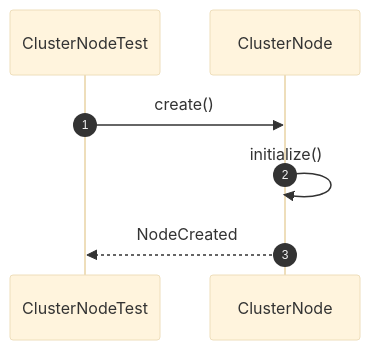
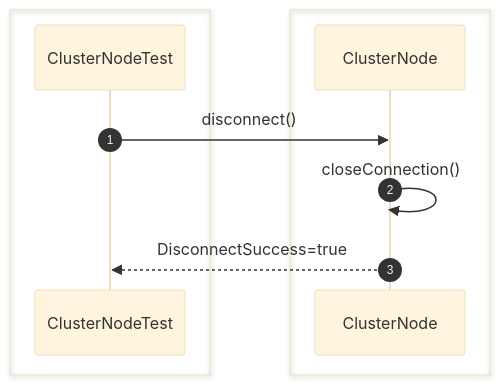
One commit to Huy1801214/dbms-architecture changed diagram 13 of 26 in src/sequence/replication.md. Above: the diagram before and after it, drawn with Mermaid (base theme). The commit also changed other lines of this file and 10 other files, not shown here.

Commit message:
add comprehensive sequence diagrams and documentation for system architecture and unit testing specifications

````diff
--- a/src/sequence/replication.md
+++ b/src/sequence/replication.md
@@ -86,12 +235,15 @@
 ```mermaid
 sequenceDiagram
     autonumber
+
+    box #e1f5fe Test Suite
     participant Test as ClusterNodeTest
+    end
+    box #ffebee Replication Components
     participant Node as ClusterNode
+    end
 
-    Test->>Node: create()
-
-    Node->>Node: initialize()
-
-    Node-->>Test: NodeCreated
+    Test->>Node: disconnect()
+    Node->>Node: closeConnection()
+    Node-->>Test: DisconnectSuccess=true
 ```
````
